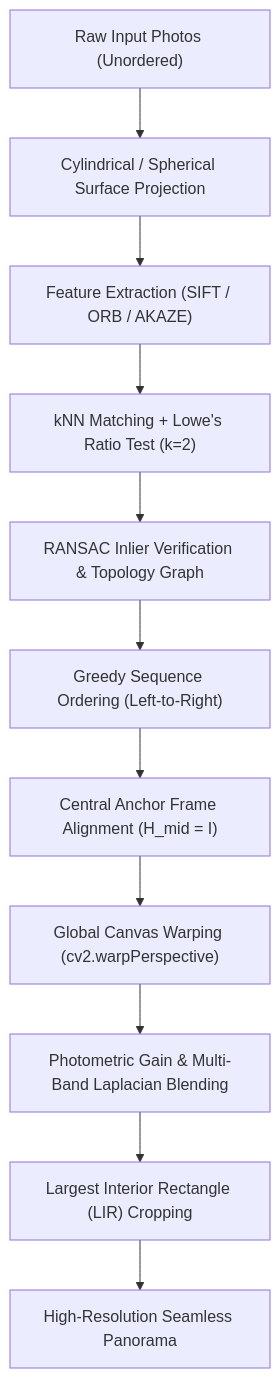
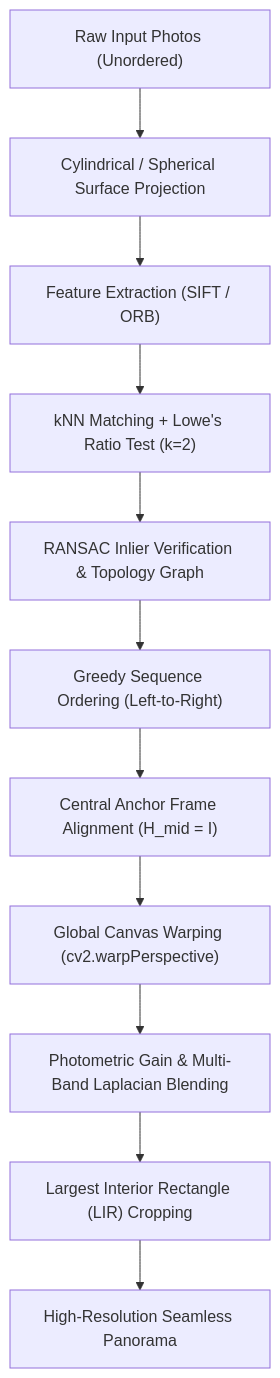
One commit to Goyalkrishna1/panorama-stitching changed the diagram in README.md. Above: the diagram before and after it, drawn with Mermaid. The commit also changed 24 other files, not shown here.

Commit message:
feat(ui): restrict detectors to SIFT/ORB and convert geometry, projection, blending, and cropping controls to collapsible dropdowns

````diff
--- a/README.md
+++ b/README.md
@@ -28,13 +28,13 @@
 ```mermaid
 flowchart TD
     A["Raw Input Photos (Unordered)"] --> B["Cylindrical / Spherical Surface Projection"]
-    B --> C["Feature Extraction (SIFT / ORB / AKAZE)"]
+    B --> C["Feature Extraction (SIFT / ORB)"]
     C --> D["kNN Matching + Lowe's Ratio Test (k=2)"]
     D --> E["RANSAC Inlier Verification & Topology Graph"]
     E --> F["Greedy Sequence Ordering (Left-to-Right)"]
     F --> G["Central Anchor Frame Alignment (H_mid = I)"]
     G --> H["Global Canvas Warping (cv2.warpPerspective)"]
     H --> I["Photometric Gain & Multi-Band Laplacian Blending"]
     I --> J["Largest Interior Rectangle (LIR) Cropping"]
     J --> K["High-Resolution Seamless Panorama"]
 ```
````
